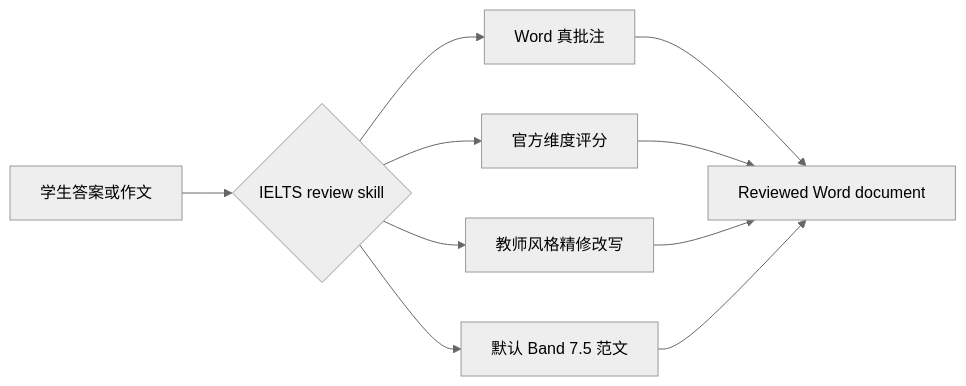
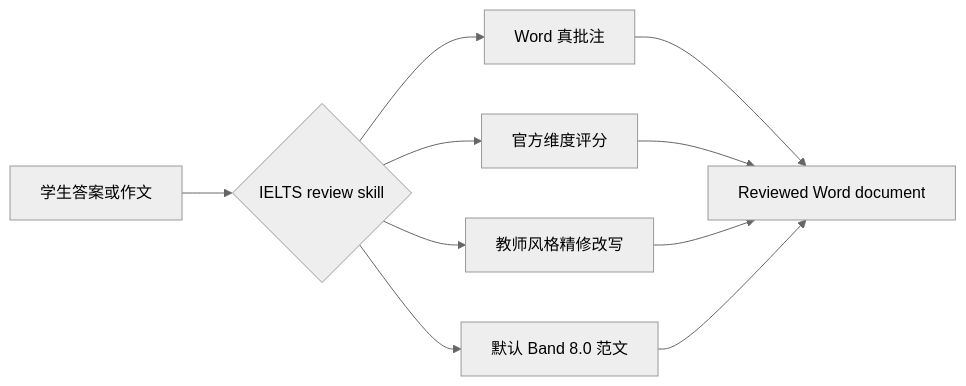
One commit to AaronL725/ielts-writing-review-skills changed the diagram in README.md. Above: the diagram before and after it, drawn with Mermaid (neutral theme). The commit also changed other lines of this file and 22 other files, not shown here.

````diff
--- a/README.md
+++ b/README.md
@@ -72,12 +72,12 @@
 ```mermaid
 flowchart LR
     A[学生答案或作文] --> B{IELTS review skill}
     B --> C[Word 真批注]
     B --> D[官方维度评分]
     B --> E[教师风格精修改写]
-    B --> F[默认 Band 7.5 范文]
+    B --> F[默认 Band 8.0 范文]
     C --> G[Reviewed Word document]
     D --> G
     E --> G
     F --> G
 ```
````
